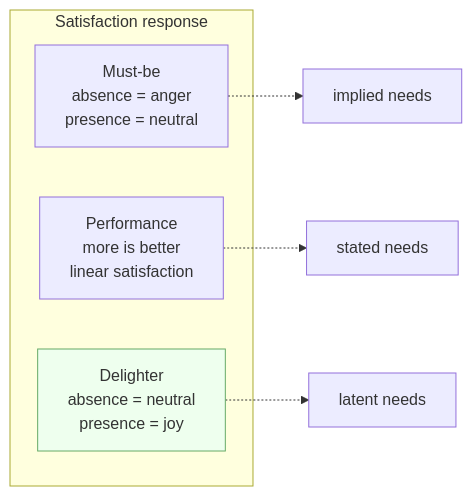
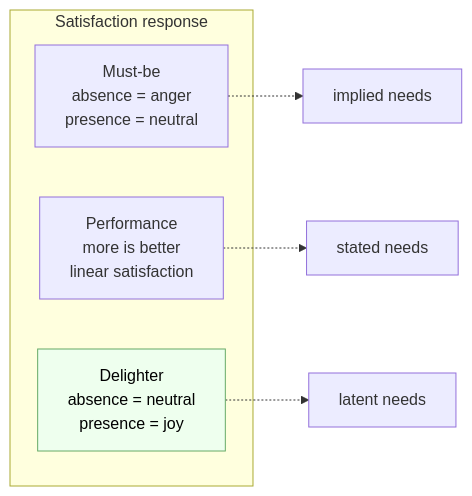
The third of 6 diagrams in chapters/03-user-requirements/README.md (vrthra/open-swe-book), drawn with Mermaid before and after one commit. The commit also changed other lines of this file and 9 other files, not shown here.

Commit message:
Fix for typos and diagrams in dark mode

````diff
--- a/chapters/03-user-requirements/README.md
+++ b/chapters/03-user-requirements/README.md
@@ -326,13 +326,13 @@
 ```mermaid
 flowchart LR
     subgraph Satisfaction response
     M[Must-be<br/>absence = anger<br/>presence = neutral]
     P[Performance<br/>more is better<br/>linear satisfaction]
     D[Delighter<br/>absence = neutral<br/>presence = joy]
     end
     M -.-> N1[implied needs]
     P -.-> N2[stated needs]
     D -.-> N3[latent needs]
-    classDef d fill:#efe,stroke:#6a6;
+    classDef d fill:#efe,stroke:#6a6,color:#000;
     class D d;
 ```
````
